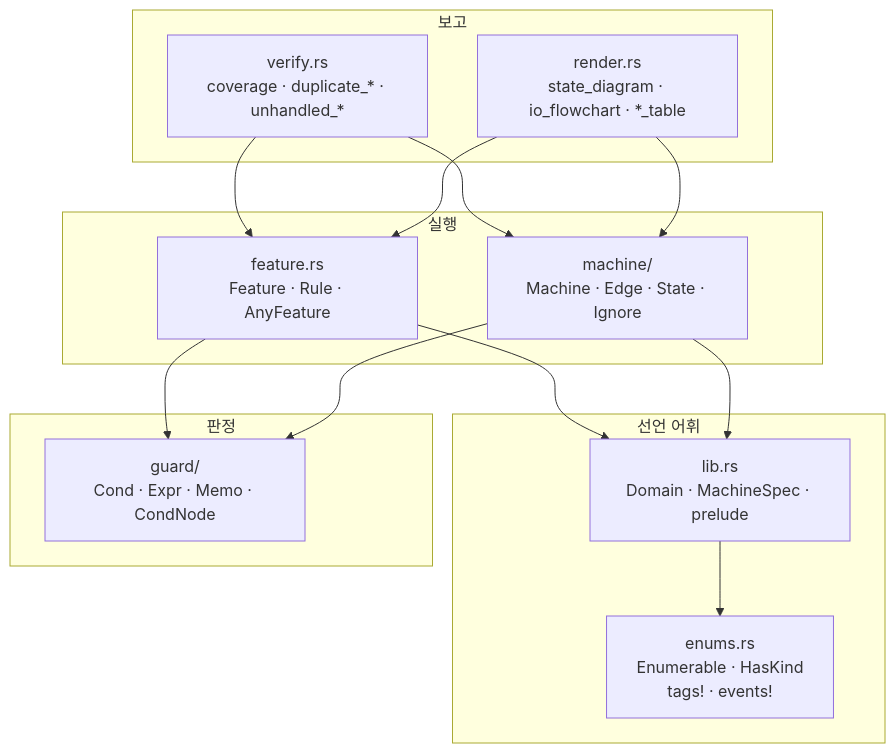
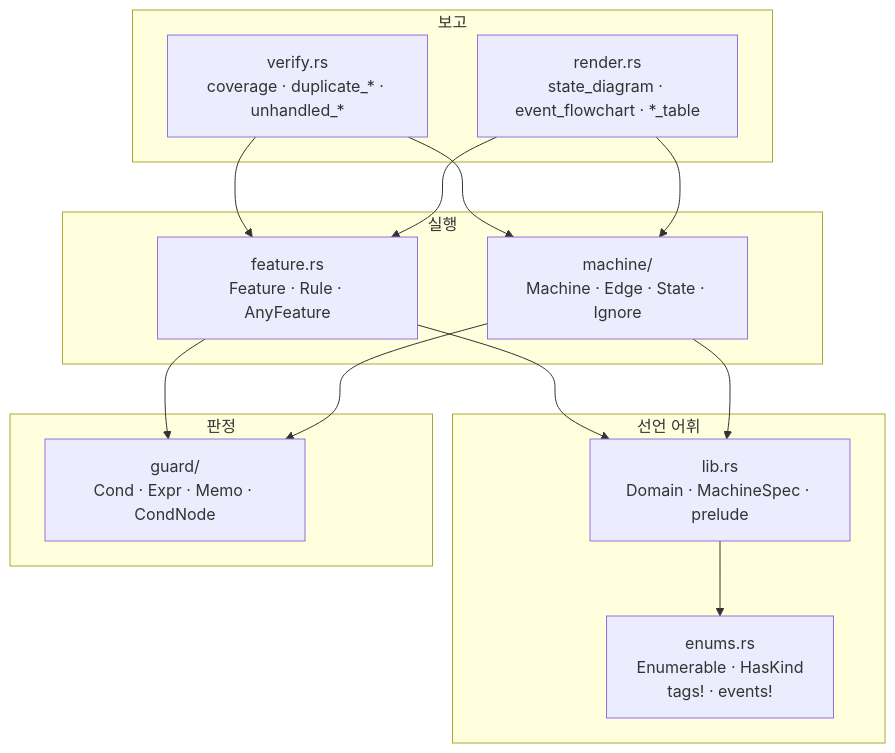
The first of 2 diagrams in docs/1-structure.md (4artit/declared), drawn with Mermaid before and after one commit. The commit also changed 5 other files, not shown here.

Commit message:
print tables and diagram based on event

````diff
--- a/docs/1-structure.md
+++ b/docs/1-structure.md
@@ -9,31 +9,31 @@
 ```mermaid
 flowchart TD
     subgraph decl[" 선언 어휘 "]
         L["lib.rs<br/>Domain · MachineSpec · prelude"]
         E["enums.rs<br/>Enumerable · HasKind<br/>tags! · events!"]
     end
 
     subgraph guard[" 판정 "]
         G["guard/<br/>Cond · Expr · Memo · CondNode"]
     end
 
     subgraph run[" 실행 "]
         F["feature.rs<br/>Feature · Rule · AnyFeature"]
         M["machine/<br/>Machine · Edge · State · Ignore"]
     end
 
     subgraph report[" 보고 "]
         V["verify.rs<br/>coverage · duplicate_* · unhandled_*"]
-        R["render.rs<br/>state_diagram · io_flowchart · *_table"]
+        R["render.rs<br/>state_diagram · event_flowchart · *_table"]
     end
 
     L --> E
     F --> G
     M --> G
     F --> L
     M --> L
     V --> F
     V --> M
     R --> F
     R --> M
 ```
````
